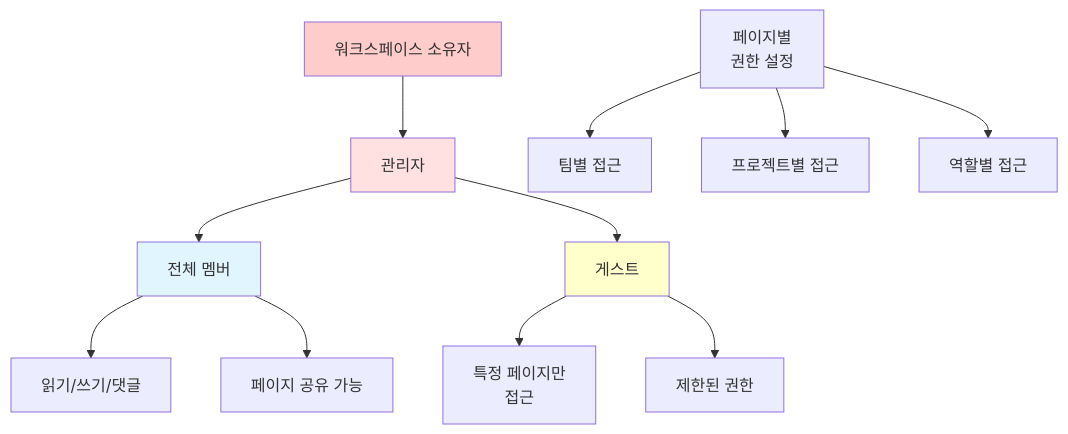
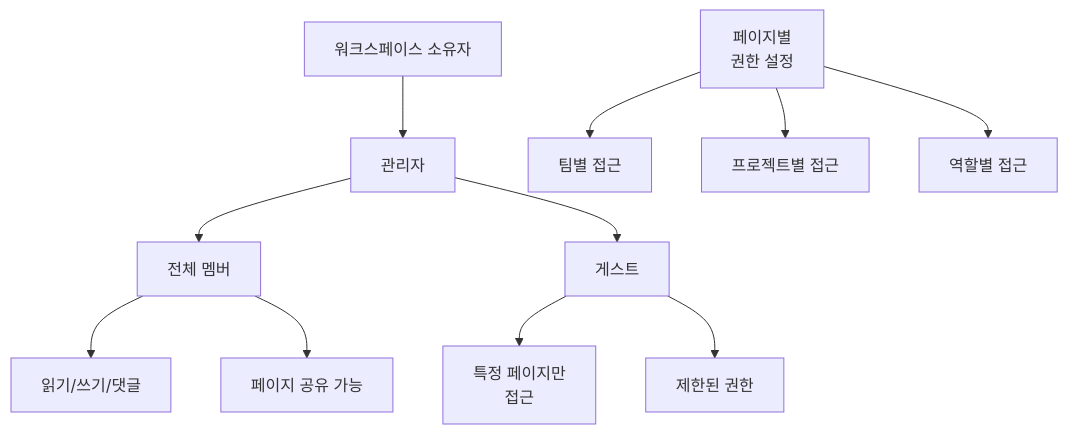
One commit to nugurejeil/weniVooks changed the seventh of 10 diagrams in _md/genai-notion/chapter09/09-3.md. Above: the diagram before and after it, drawn with Mermaid. The commit also changed other lines of this file and 187 other files, not shown here.

````diff
--- a/_md/genai-notion/chapter09/09-3.md
+++ b/_md/genai-notion/chapter09/09-3.md
@@ -443,21 +431,16 @@
 ```mermaid
 graph TB
     A[워크스페이스 소유자] --> B[관리자]
     B --> C[전체 멤버]
     B --> D[게스트]
 
     C --> C1[읽기/쓰기/댓글]
     C --> C2[페이지 공유 가능]
 
     D --> D1[특정 페이지만<br/>접근]
     D --> D2[제한된 권한]
 
     E[페이지별<br/>권한 설정] --> E1[팀별 접근]
     E --> E2[프로젝트별 접근]
     E --> E3[역할별 접근]
-
-    style A fill:#ffcccc
-    style B fill:#ffe1e1
-    style C fill:#e1f5ff
-    style D fill:#ffffcc
 ```
````
